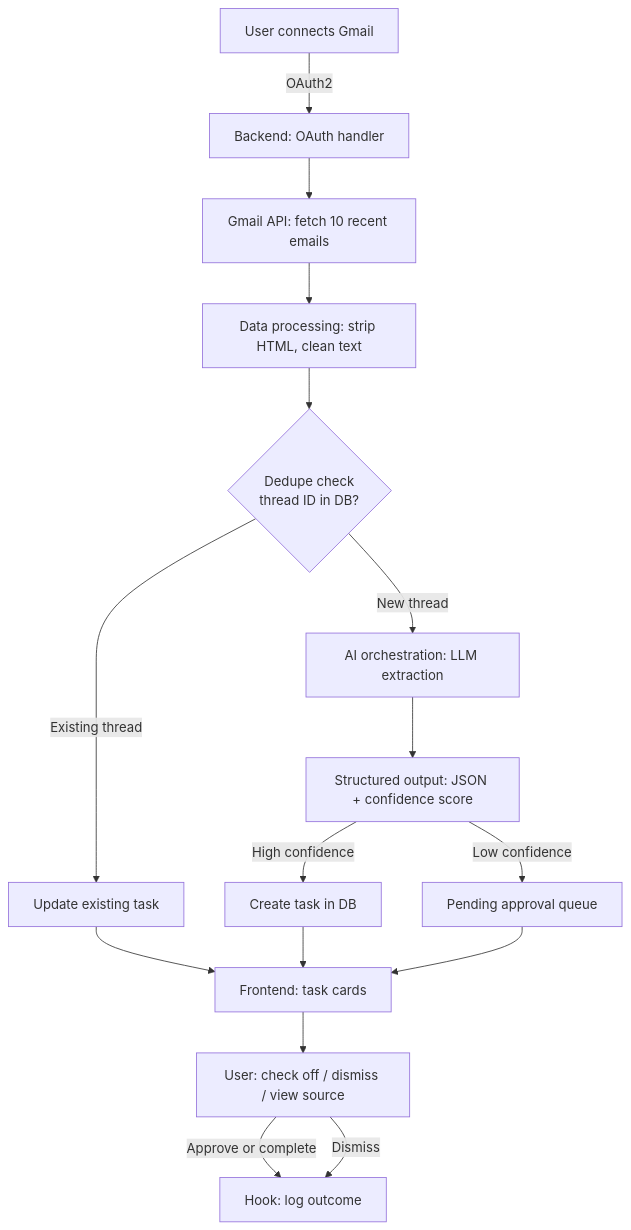
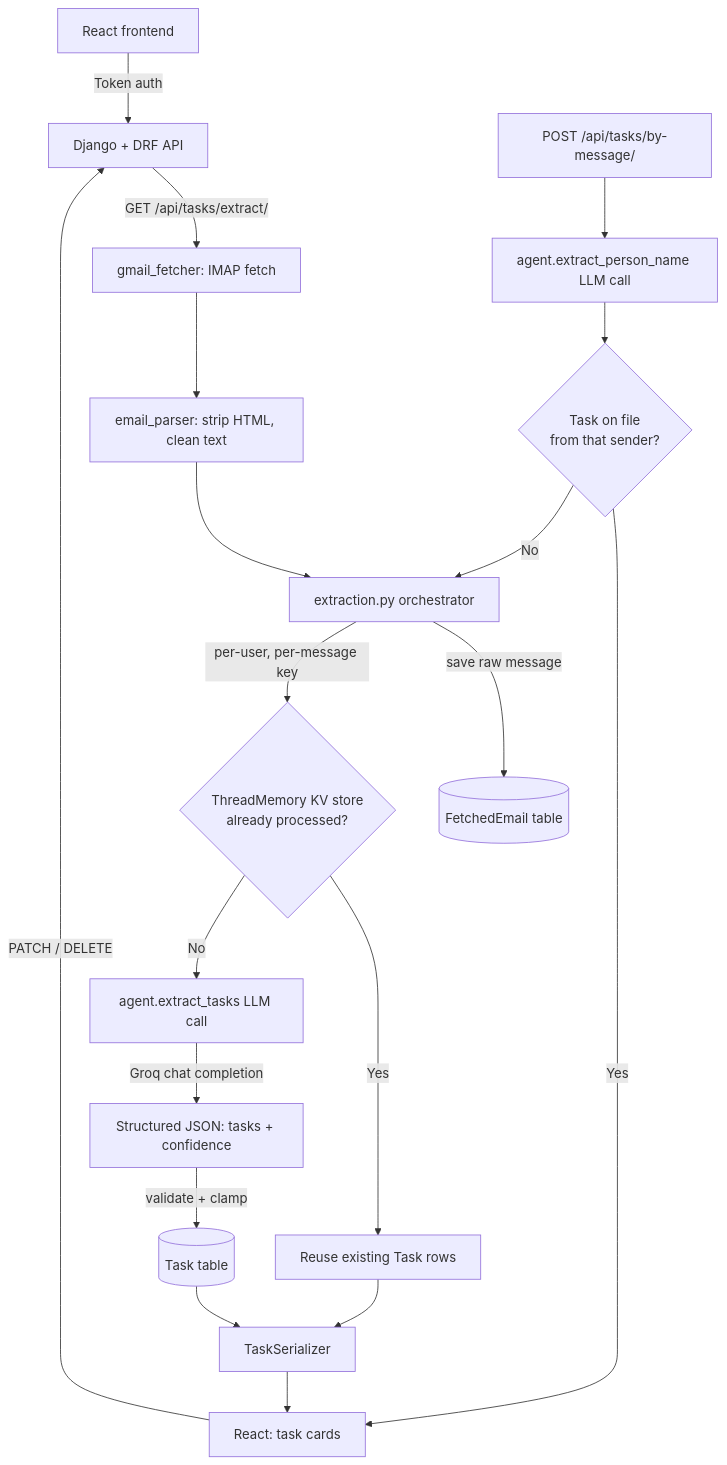
Before and after one commit to talha586/Email-Task-Agent: the diagram in README.md, drawn with Mermaid. The commit also changed other lines of this file and 9 other files, not shown here.

````diff
--- a/README.md
+++ b/README.md
@@ -7,18 +28,21 @@
 ```mermaid
 flowchart TD
-    A[User connects Gmail] -->|OAuth2| B[Backend: OAuth handler]
-    B --> C[Gmail API: fetch 10 recent emails]
-    C --> D[Data processing: strip HTML, clean text]
-    D --> E{Dedupe check<br/>thread ID in DB?}
-    E -->|Existing thread| F[Update existing task]
-    E -->|New thread| G[AI orchestration: LLM extraction]
-    G --> H[Structured output: JSON + confidence score]
-    H -->|High confidence| I[Create task in DB]
-    H -->|Low confidence| J[Pending approval queue]
-    F --> K[Frontend: task cards]
-    I --> K
-    J --> K
-    K --> L[User: check off / dismiss / view source]
-    L -->|Approve or complete| M[Hook: log outcome]
-    L -->|Dismiss| M
+    A[React frontend] -->|Token auth| B[Django + DRF API]
+    B -->|"GET /api/tasks/extract/"| C[gmail_fetcher: IMAP fetch]
+    C --> D[email_parser: strip HTML, clean text]
+    D --> E[extraction.py orchestrator]
+    E -->|save raw message| F[(FetchedEmail table)]
+    E -->|per-user, per-message key| G{ThreadMemory KV store<br/>already processed?}
+    G -->|Yes| H[Reuse existing Task rows]
+    G -->|No| I[agent.extract_tasks LLM call]
+    I -->|Groq chat completion| J[Structured JSON: tasks + confidence]
+    J -->|validate + clamp| K[(Task table)]
+    K --> L[TaskSerializer]
+    H --> L
+    L --> M[React: task cards]
+    M -->|PATCH / DELETE| B
+    N["POST /api/tasks/by-message/"] --> O[agent.extract_person_name LLM call]
+    O --> P{Task on file<br/>from that sender?}
+    P -->|Yes| M
+    P -->|No| E
 ```
````
